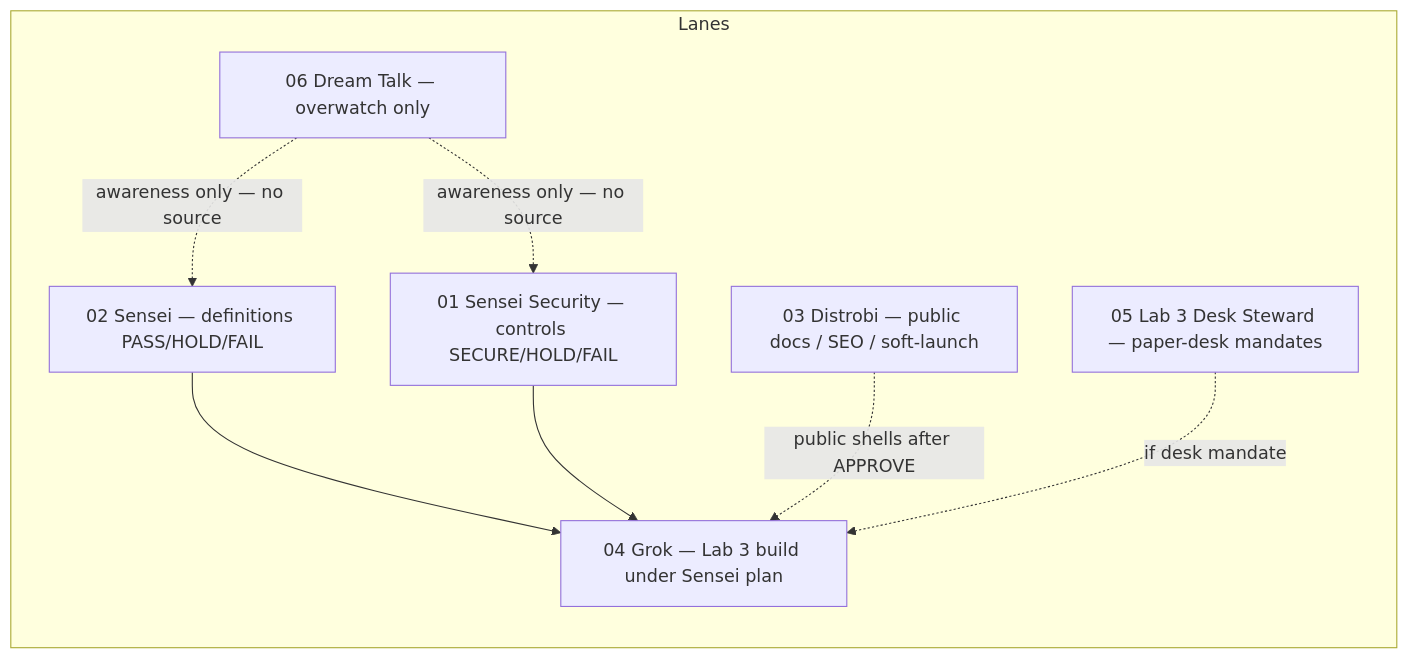
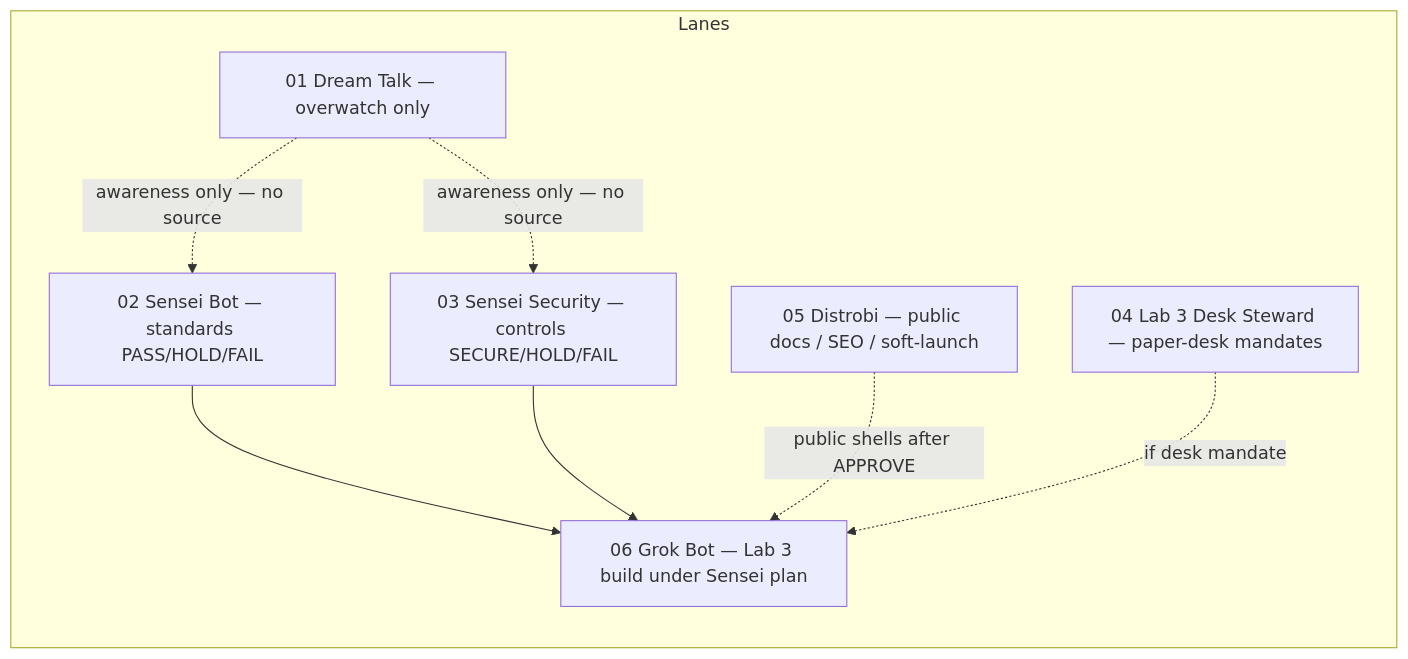
One commit to S1R1US-AI/lab3-visible-sandbox changed the diagram in ops/sensei/media/D3-roles-lanes.mmd. Above: the diagram before and after it, drawn with Mermaid.

Commit message:
docs(sensei): Menu renumber oversight-first 01 Dream Talk … 06 Grok (NO MERGE)
Human reordered Grok Bot menu by oversight descending. Bot ids unchanged. APPROVED logo status and filenames unchanged.

New: 01 Dream Talk, 02 Sensei Bot, 03 Sensei Security, 04 Lab 3 Desk Steward, 05 Distrobi, 06 Grok Bot.

```diff
--- a/ops/sensei/media/D3-roles-lanes.mmd
+++ b/ops/sensei/media/D3-roles-lanes.mmd
@@ -1,15 +1,15 @@
 flowchart LR
   subgraph Lanes
-    SEC[01 Sensei Security — controls SECURE/HOLD/FAIL]
-    SEN[02 Sensei — definitions PASS/HOLD/FAIL]
-    DIS[03 Distrobi — public docs / SEO / soft-launch]
-    GRO[04 Grok — Lab 3 build under Sensei plan]
-    STE[05 Lab 3 Desk Steward — paper-desk mandates]
-    DT[06 Dream Talk — overwatch only]
+    DT[01 Dream Talk — overwatch only]
+    SEN[02 Sensei Bot — standards PASS/HOLD/FAIL]
+    SEC[03 Sensei Security — controls SECURE/HOLD/FAIL]
+    STE[04 Lab 3 Desk Steward — paper-desk mandates]
+    DIS[05 Distrobi — public docs / SEO / soft-launch]
+    GRO[06 Grok Bot — Lab 3 build under Sensei plan]
   end
   SEN --> GRO
   SEC --> GRO
   DIS -.->|public shells after APPROVE| GRO
   STE -.->|if desk mandate| GRO
   DT -.->|awareness only — no source| SEN
   DT -.->|awareness only — no source| SEC
```
